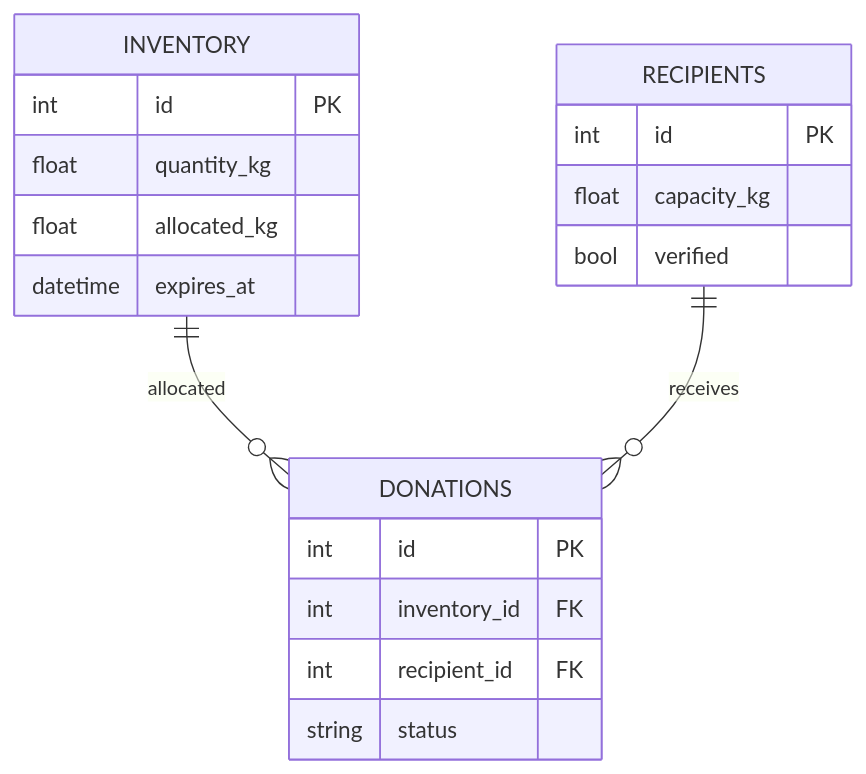
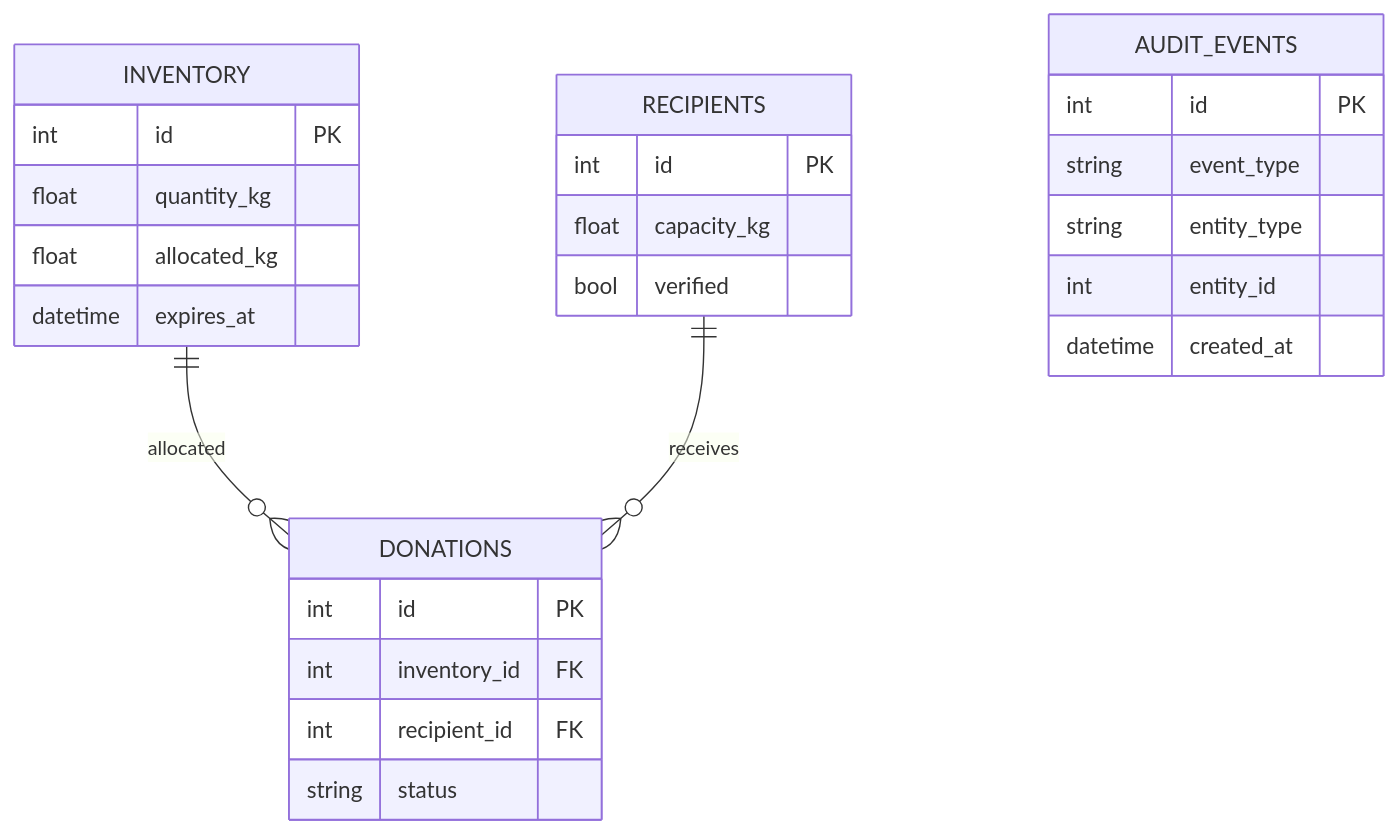
The second of 2 diagrams in docs/ARCHITECTURE.md (harshakavali81-collab/FoodBridge-AI-Food-Waste-Prediction-Community-Redistribution), drawn with Mermaid before and after one commit. The commit also changed other lines of this file and 14 other files, not shown here.

````diff
--- a/docs/ARCHITECTURE.md
+++ b/docs/ARCHITECTURE.md
@@ -15,8 +15,9 @@
 ```mermaid
 erDiagram
  INVENTORY ||--o{ DONATIONS : allocated
  RECIPIENTS ||--o{ DONATIONS : receives
+ AUDIT_EVENTS { int id PK string event_type string entity_type int entity_id datetime created_at }
  INVENTORY { int id PK float quantity_kg float allocated_kg datetime expires_at }
  RECIPIENTS { int id PK float capacity_kg bool verified }
  DONATIONS { int id PK int inventory_id FK int recipient_id FK string status }
 ```
````
